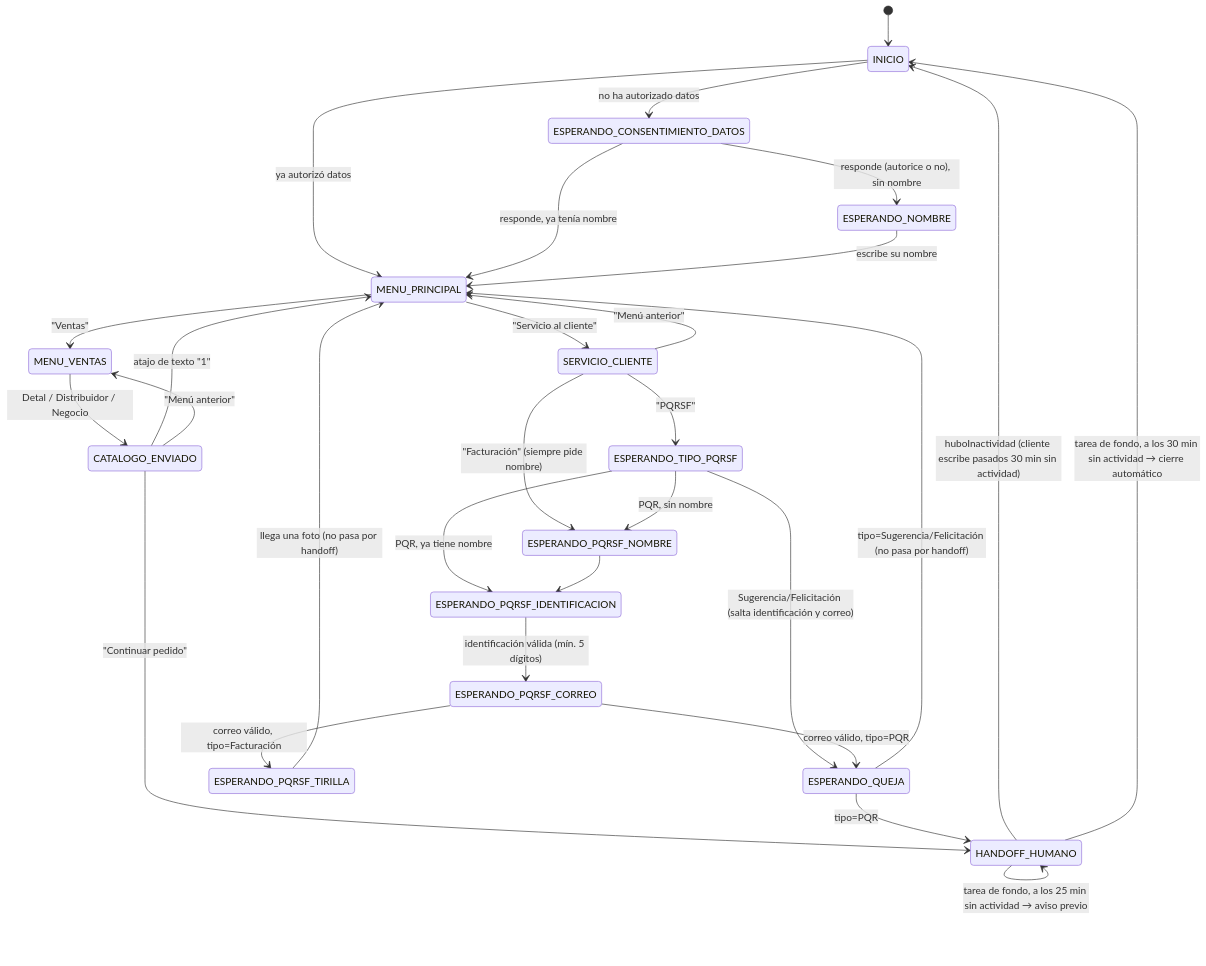
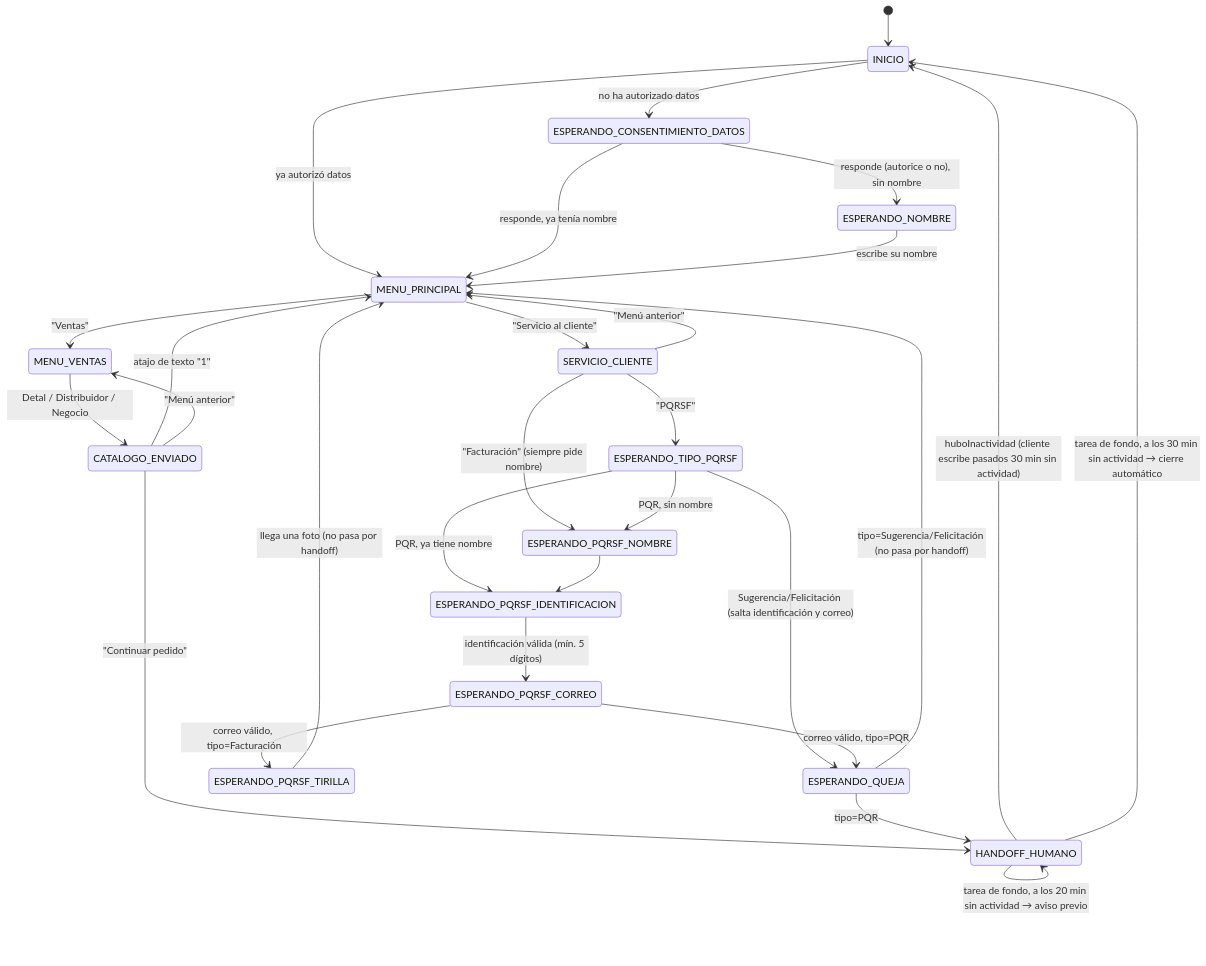
The diagram in docs/FLUJO_ESTADOS.md (ventasecoalimentos/Whatsap_venta_lacteos), drawn with Mermaid before and after one commit. The commit also changed other lines of this file and 6 other files, not shown here.

First line of the commit message:
perf: revisar el cierre de handoff cada 5 min en vez de cada 30s

````diff
--- a/docs/FLUJO_ESTADOS.md
+++ b/docs/FLUJO_ESTADOS.md
@@ -39,37 +39,37 @@
 ```mermaid
 stateDiagram-v2
     [*] --> INICIO
     INICIO --> ESPERANDO_CONSENTIMIENTO_DATOS: no ha autorizado datos
     INICIO --> MENU_PRINCIPAL: ya autorizó datos
     ESPERANDO_CONSENTIMIENTO_DATOS --> ESPERANDO_NOMBRE: responde (autorice o no), sin nombre
     ESPERANDO_CONSENTIMIENTO_DATOS --> MENU_PRINCIPAL: responde, ya tenía nombre
     ESPERANDO_NOMBRE --> MENU_PRINCIPAL: escribe su nombre
 
     MENU_PRINCIPAL --> SERVICIO_CLIENTE: "Servicio al cliente"
     MENU_PRINCIPAL --> MENU_VENTAS: "Ventas"
 
     MENU_VENTAS --> CATALOGO_ENVIADO: Detal / Distribuidor / Negocio
     CATALOGO_ENVIADO --> MENU_PRINCIPAL: atajo de texto "1"
     CATALOGO_ENVIADO --> MENU_VENTAS: "Menú anterior"
     CATALOGO_ENVIADO --> HANDOFF_HUMANO: "Continuar pedido"
 
     SERVICIO_CLIENTE --> MENU_PRINCIPAL: "Menú anterior"
     SERVICIO_CLIENTE --> ESPERANDO_PQRSF_NOMBRE: "Facturación" (siempre pide nombre)
     SERVICIO_CLIENTE --> ESPERANDO_TIPO_PQRSF: "PQRSF"
 
     ESPERANDO_TIPO_PQRSF --> ESPERANDO_PQRSF_NOMBRE: PQR, sin nombre
     ESPERANDO_TIPO_PQRSF --> ESPERANDO_PQRSF_IDENTIFICACION: PQR, ya tiene nombre
     ESPERANDO_TIPO_PQRSF --> ESPERANDO_QUEJA: Sugerencia/Felicitación (salta identificación y correo)
     ESPERANDO_PQRSF_NOMBRE --> ESPERANDO_PQRSF_IDENTIFICACION
     ESPERANDO_PQRSF_IDENTIFICACION --> ESPERANDO_PQRSF_CORREO: identificación válida (mín. 5 dígitos)
     ESPERANDO_PQRSF_CORREO --> ESPERANDO_PQRSF_TIRILLA: correo válido, tipo=Facturación
     ESPERANDO_PQRSF_CORREO --> ESPERANDO_QUEJA: correo válido, tipo=PQR
     ESPERANDO_PQRSF_TIRILLA --> MENU_PRINCIPAL: llega una foto (no pasa por handoff)
     ESPERANDO_QUEJA --> HANDOFF_HUMANO: tipo=PQR
     ESPERANDO_QUEJA --> MENU_PRINCIPAL: tipo=Sugerencia/Felicitación (no pasa por handoff)
 
     HANDOFF_HUMANO --> HANDOFF_HUMANO: cada mensaje del cliente recibe el aviso de "mucha demanda"
-    HANDOFF_HUMANO --> HANDOFF_HUMANO: tarea de fondo, a los 25 min sin actividad → aviso previo
+    HANDOFF_HUMANO --> HANDOFF_HUMANO: tarea de fondo, a los 20 min sin actividad → aviso previo
     HANDOFF_HUMANO --> INICIO: huboInactividad (cliente escribe pasados 30 min sin actividad)
     HANDOFF_HUMANO --> INICIO: tarea de fondo, a los 30 min sin actividad → cierre automático
 ```
````
